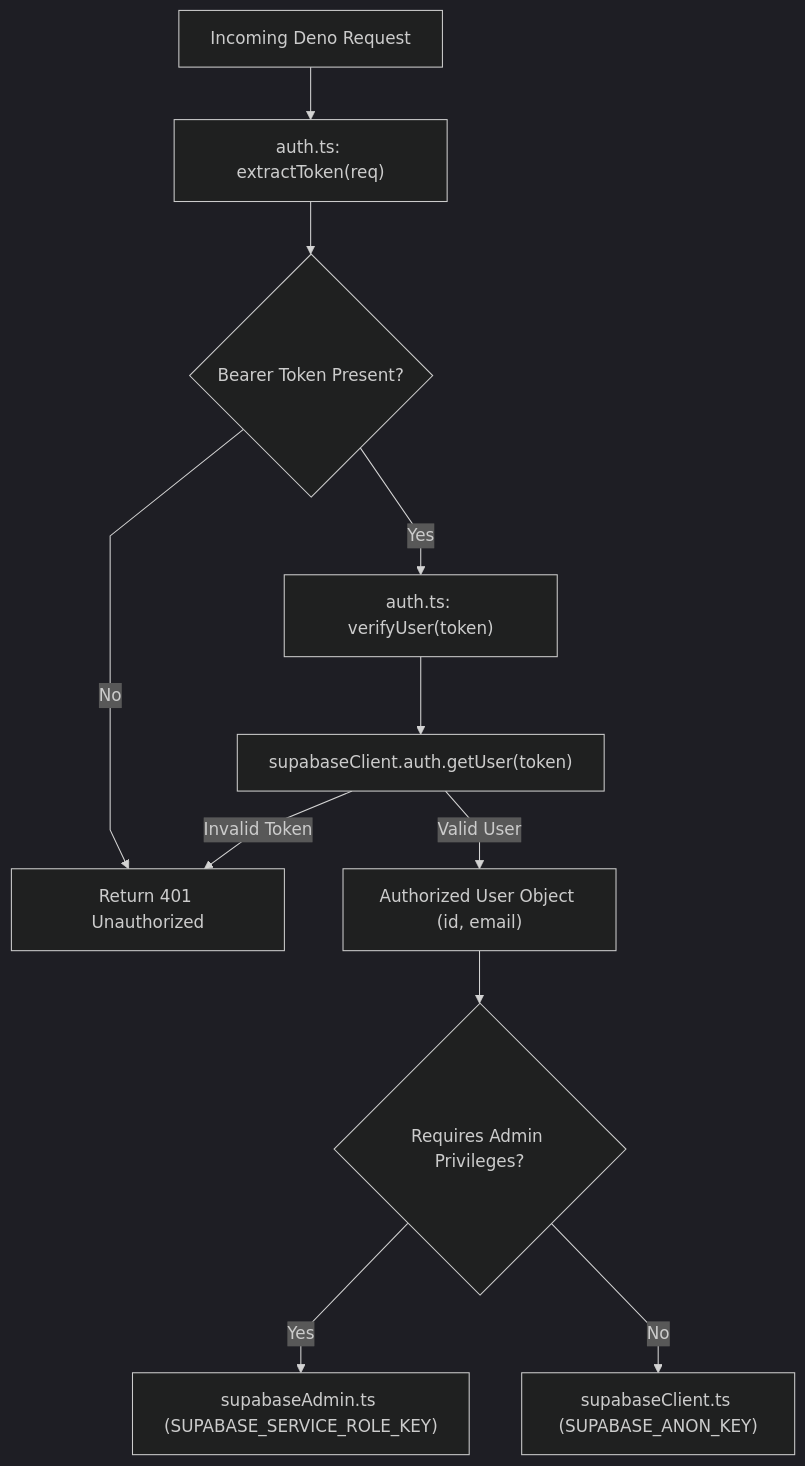
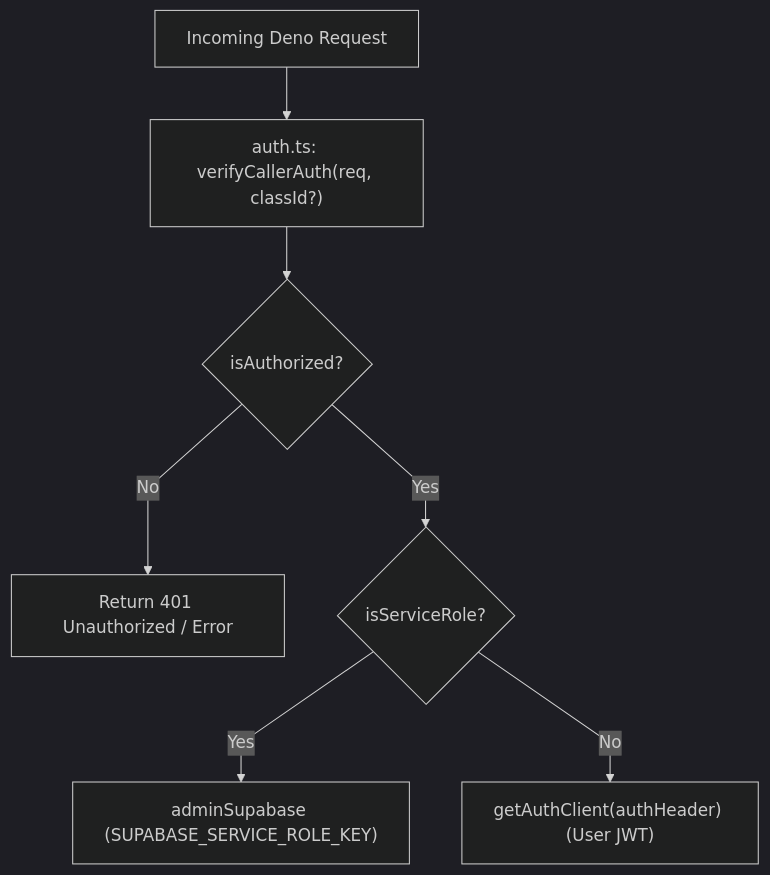
One commit to VictorBravo9er/Teacher-Assistant-Workspace changed the diagram in supabase/functions/_shared/code.ARCH.md. Above: the diagram before and after it, drawn with Mermaid (dark theme). The commit also changed 21 other files, not shown here.

````diff
--- a/supabase/functions/_shared/code.ARCH.md
+++ b/supabase/functions/_shared/code.ARCH.md
@@ -9,17 +9,12 @@
 ```mermaid
 %%{init: {'flowchart': {'curve': 'linear'}}}%%
 flowchart TD
-    Req["Incoming Deno Request"] --> Extract["auth.ts: extractToken(req)"]
-    Extract --> HasToken{"Bearer Token Present?"}
+    Req["Incoming Deno Request"] --> CallerAuth["auth.ts: verifyCallerAuth(req, classId?)"]
+    CallerAuth --> AuthCheck{"isAuthorized?"}
     
-    HasToken -- No --> Unauth["Return 401 Unauthorized"]
-    HasToken -- Yes --> Verify["auth.ts: verifyUser(token)"]
+    AuthCheck -- No --> Unauth["Return 401 Unauthorized / Error"]
+    AuthCheck -- Yes --> RoleCheck{"isServiceRole?"}
     
-    Verify --> SupabaseAuth["supabaseClient.auth.getUser(token)"]
-    SupabaseAuth -- "Invalid Token" --> Unauth
-    SupabaseAuth -- "Valid User" --> AuthenticatedContext["Authorized User Object (id, email)"]
-    
-    AuthenticatedContext --> ServiceRole{"Requires Admin Privileges?"}
-    ServiceRole -- Yes --> AdminClient["supabaseAdmin.ts (SUPABASE_SERVICE_ROLE_KEY)"]
-    ServiceRole -- No --> UserClient["supabaseClient.ts (SUPABASE_ANON_KEY)"]
+    RoleCheck -- Yes --> AdminClient["adminSupabase (SUPABASE_SERVICE_ROLE_KEY)"]
+    RoleCheck -- No --> UserClient["getAuthClient(authHeader) (User JWT)"]
 ```
````
